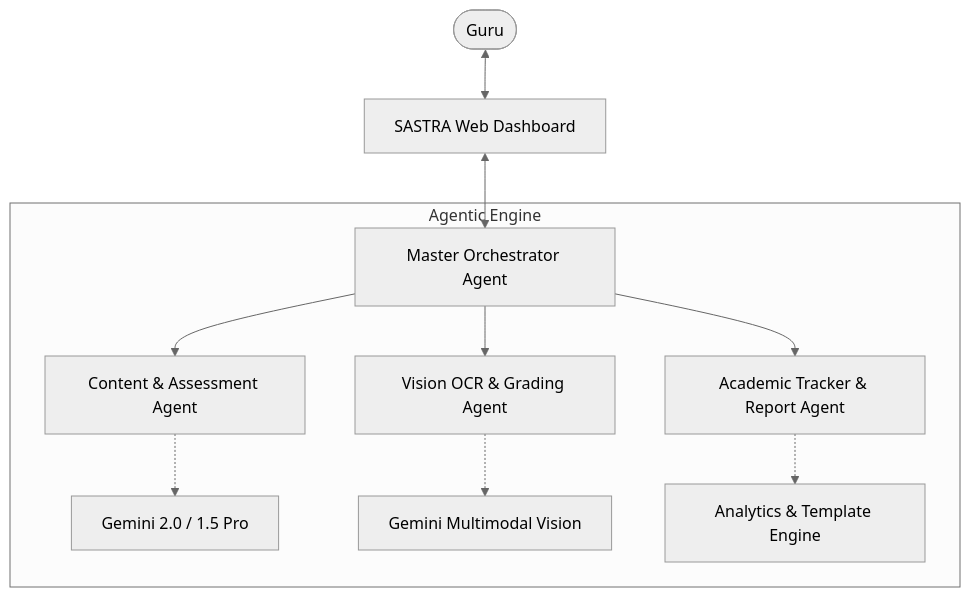
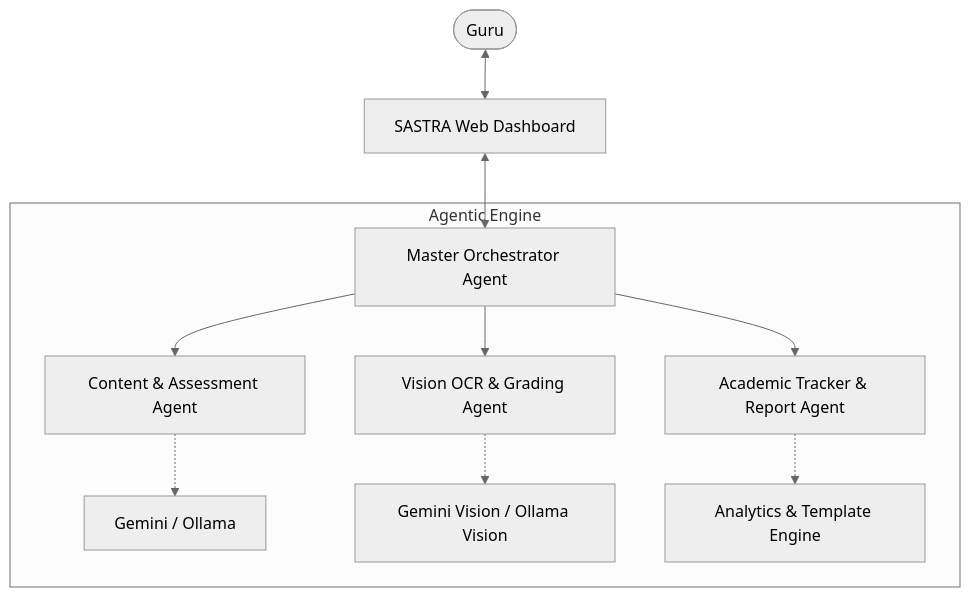
The second of 2 diagrams in AGENTS.md (mSatashi/SASTRA), drawn with Mermaid (neutral theme) before and after one commit. The commit also changed other lines of this file and 15 other files, not shown here.

````diff
--- a/AGENTS.md
+++ b/AGENTS.md
@@ -57,16 +57,16 @@
 ```mermaid
 graph TD
     User([Guru]) <--> Dashboard[SASTRA Web Dashboard]
     
     Dashboard <--> MasterAgent[Master Orchestrator Agent]
     
     subgraph Agentic Engine
         MasterAgent --> ContentAgent[Content & Assessment Agent]
         MasterAgent --> VisionAgent[Vision OCR & Grading Agent]
         MasterAgent --> ReportAgent[Academic Tracker & Report Agent]
         
-        ContentAgent -.-> GenAI1[Gemini 2.0 / 1.5 Pro]
-        VisionAgent -.-> GenAI2[Gemini Multimodal Vision]
+        ContentAgent -.-> GenAI1[Gemini / Ollama]
+        VisionAgent -.-> GenAI2[Gemini Vision / Ollama Vision]
         ReportAgent -.-> AnalyticsEngine[Analytics & Template Engine]
     end
 ```
````
